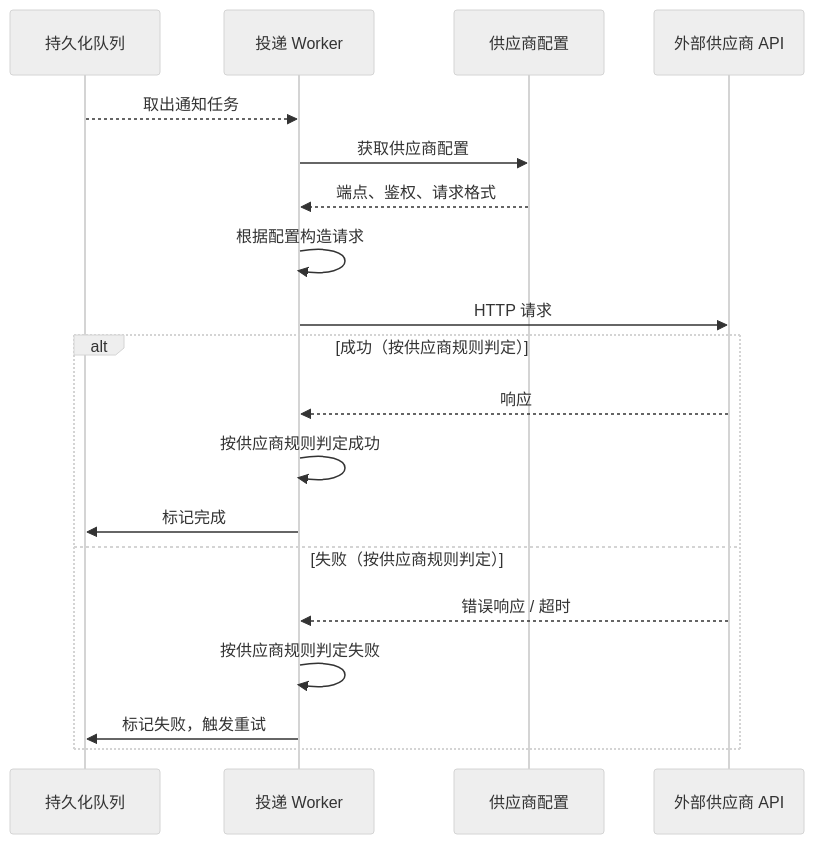
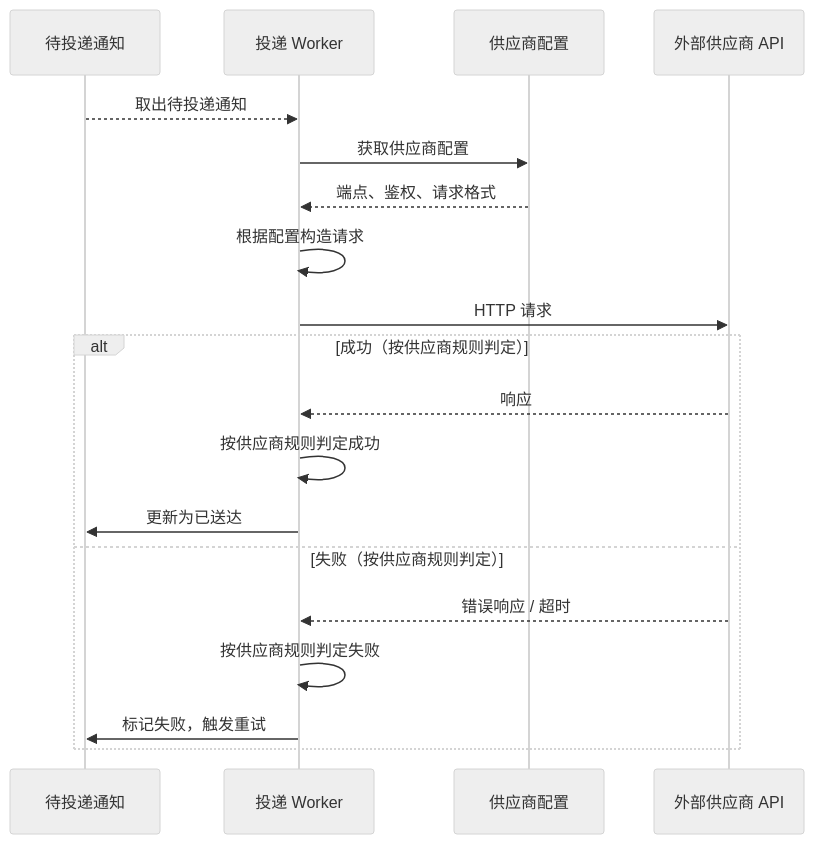
The third of 7 diagrams in doc/requirements/202605-notification.md (xnslong/rc_xnslong), drawn with Mermaid (neutral theme) before and after one commit. The commit also changed other lines of this file, not shown here.

````diff
--- a/doc/requirements/202605-notification.md
+++ b/doc/requirements/202605-notification.md
@@ -391,22 +302,22 @@
 ```mermaid
 sequenceDiagram
-    participant Queue as 持久化队列
+    participant Task as 待投递通知
     participant Worker as 投递 Worker
     participant Config as 供应商配置
     participant Vendor as 外部供应商 API
 
-    Queue-->>Worker: 取出通知任务
+    Task-->>Worker: 取出待投递通知
     Worker->>Config: 获取供应商配置
     Config-->>Worker: 端点、鉴权、请求格式
     Worker->>Worker: 根据配置构造请求
     Worker->>Vendor: HTTP 请求
     alt 成功（按供应商规则判定）
         Vendor-->>Worker: 响应
         Worker->>Worker: 按供应商规则判定成功
-        Worker->>Queue: 标记完成
+        Worker->>Task: 更新为已送达
     else 失败（按供应商规则判定）
         Vendor-->>Worker: 错误响应 / 超时
         Worker->>Worker: 按供应商规则判定失败
-        Worker->>Queue: 标记失败，触发重试
+        Worker->>Task: 标记失败，触发重试
     end
 ```
````
